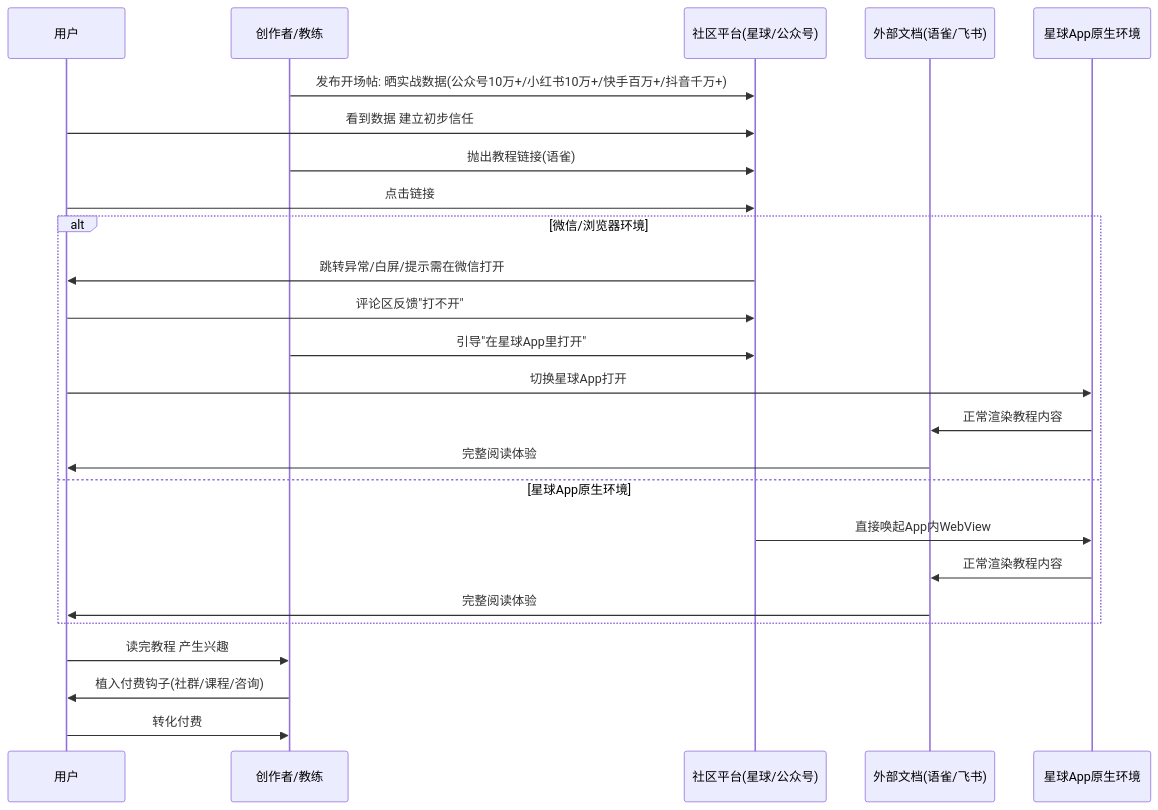
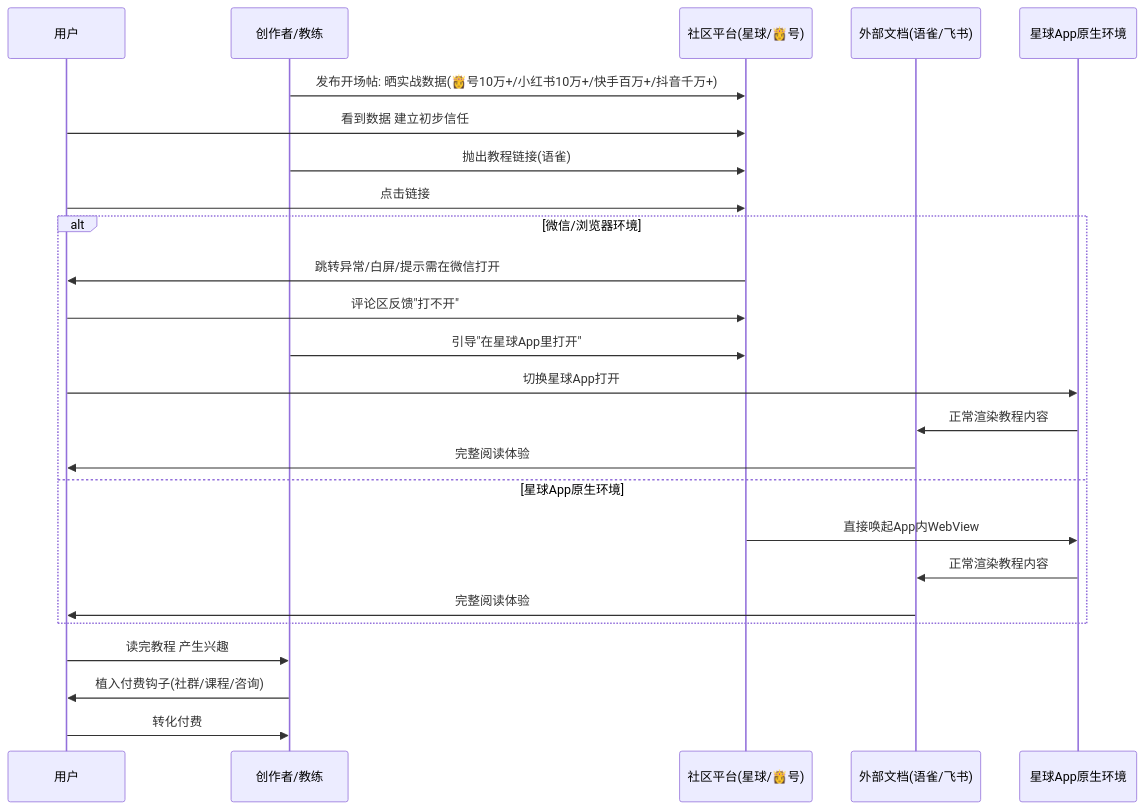
One commit to OpenDocCN1/flygon-zhuanqian-zhoubao changed the second of 3 diagrams in docs/202303_paper2textbook/asset/body_fix_71372b9ef55f74a7e5759ee0af240ccc_f856cb4691a474e096fcfff502e87749_bcaadbe3a7bbdf5cc5a22df4d9ef1ae3_156115acdd68d98d29cc5c960054c04c.md. Above: the diagram before and after it, drawn with Mermaid. The commit also changed other lines of this file and 6688 other files, not shown here.

````diff
--- a/docs/202303_paper2textbook/asset/body_fix_71372b9ef55f74a7e5759ee0af240ccc_f856cb4691a474e096fcfff502e87749_bcaadbe3a7bbdf5cc5a22df4d9ef1ae3_156115acdd68d98d29cc5c960054c04c.md
+++ b/docs/202303_paper2textbook/asset/body_fix_71372b9ef55f74a7e5759ee0af240ccc_f856cb4691a474e096fcfff502e87749_bcaadbe3a7bbdf5cc5a22df4d9ef1ae3_156115acdd68d98d29cc5c960054c04c.md
@@ -67,28 +67,28 @@
 ```mermaid
 sequenceDiagram
     participant U as 用户
     participant C as 创作者/教练
-    participant P as 社区平台(星球/公众号)
+    participant P as 社区平台(星球/👸号)
     participant D as 外部文档(语雀/飞书)
     participant A as 星球App原生环境
     
-    C->>P: 发布开场帖: 晒实战数据(公众号10万+/小红书10万+/快手百万+/抖音千万+)
+    C->>P: 发布开场帖: 晒实战数据(👸号10万+/小红书10万+/快手百万+/抖音千万+)
     U->>P: 看到数据 建立初步信任
     C->>P: 抛出教程链接(语雀)
     U->>P: 点击链接
     alt 微信/浏览器环境
         P->>U: 跳转异常/白屏/提示需在微信打开
         U->>P: 评论区反馈"打不开"
         C->>P: 引导"在星球App里打开"
         U->>A: 切换星球App打开
         A->>D: 正常渲染教程内容
         D->>U: 完整阅读体验
     else 星球App原生环境
         P->>A: 直接唤起App内WebView
         A->>D: 正常渲染教程内容
         D->>U: 完整阅读体验
     end
     U->>C: 读完教程 产生兴趣
     C->>U: 植入付费钩子(社群/课程/咨询)
     U->>C: 转化付费
 ```
````
